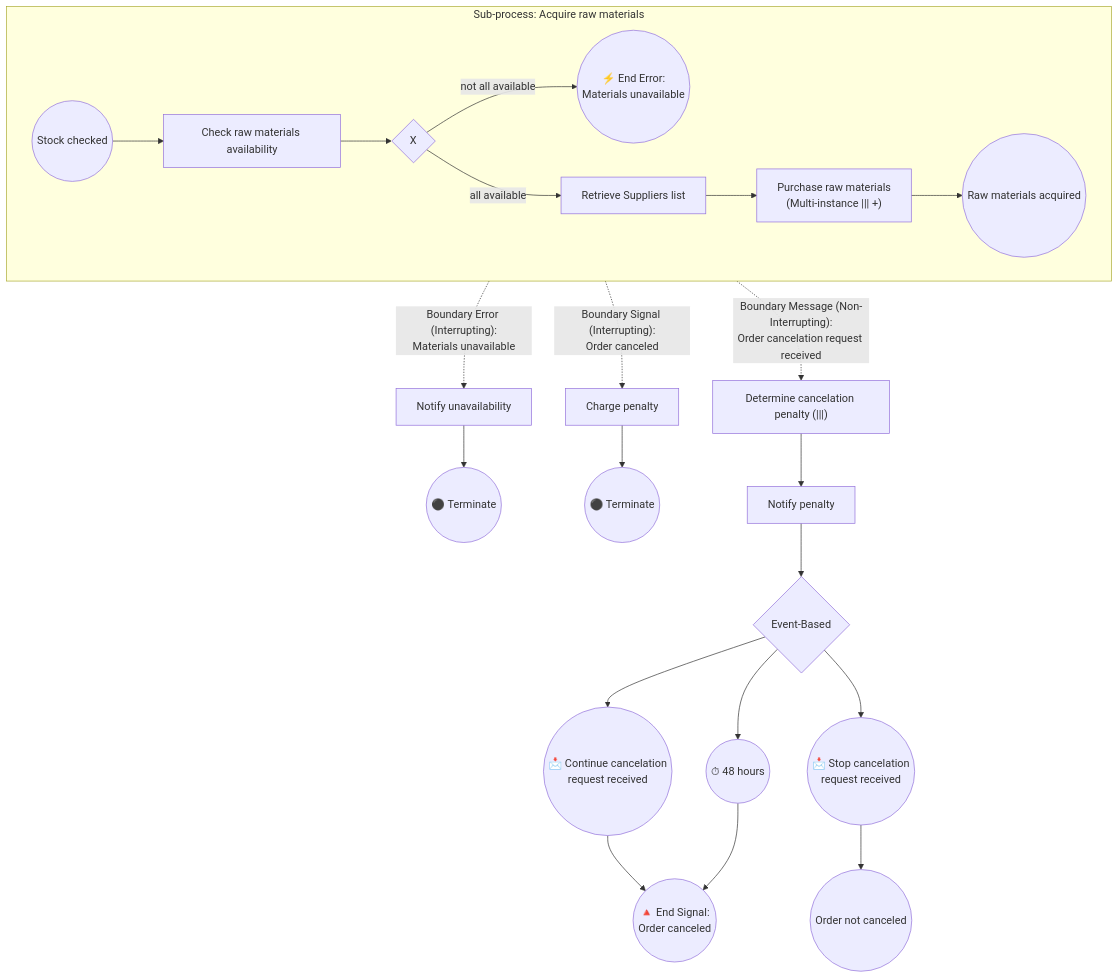
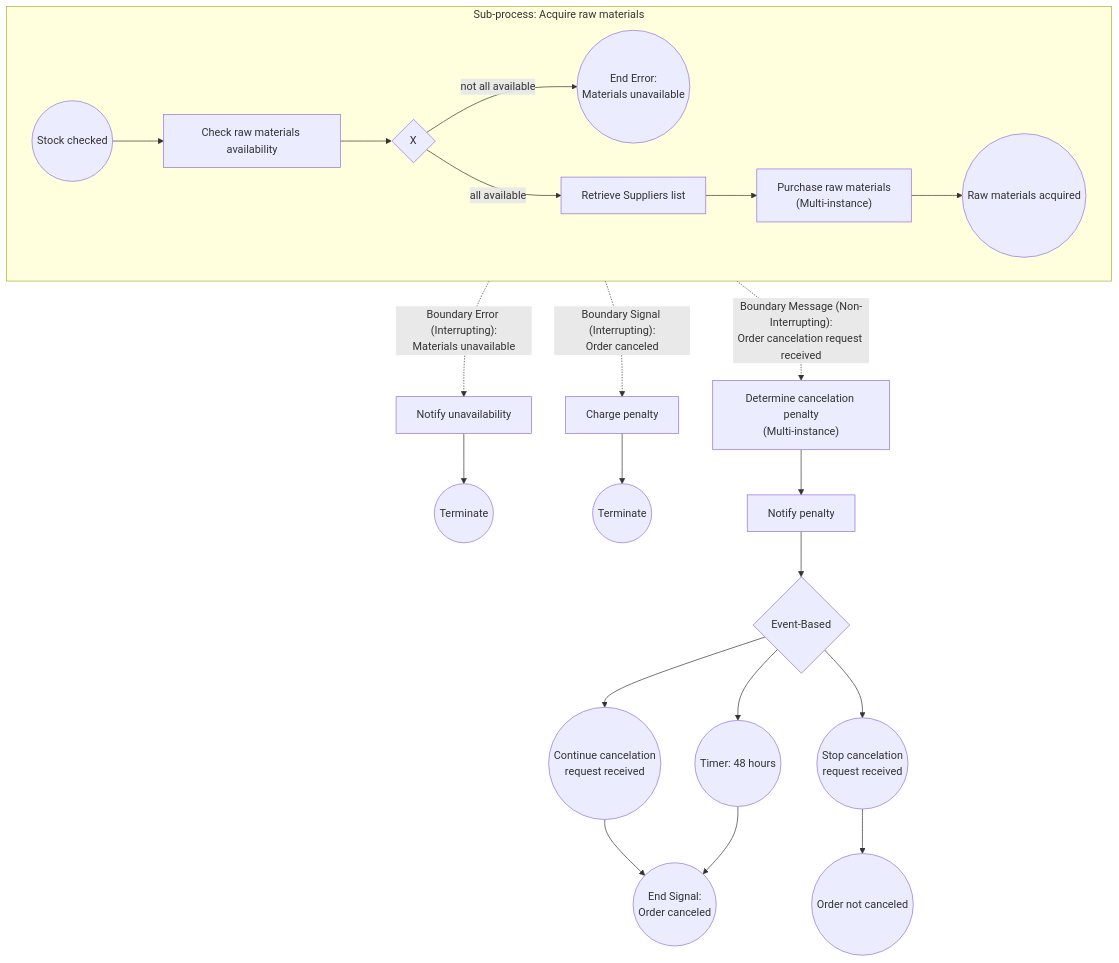
Before and after one commit to VieTee2705/Business_Process: the fourth of 4 diagrams in Document/03-Ngan-Hang-Quiz-Va-Giai-Thich.md, drawn with Mermaid. The commit also changed other lines of this file, not shown here.

````diff
--- a/Document/03-Ngan-Hang-Quiz-Va-Giai-Thich.md
+++ b/Document/03-Ngan-Hang-Quiz-Va-Giai-Thich.md
@@ -383,14 +407,14 @@
 ```mermaid
 flowchart TB
     subgraph SUB["Sub-process: Acquire raw materials"]
-        S0((Stock checked)) --> C1[Check raw materials availability] --> X1{"X"}
-        X1 -->|not all available| E_ERR(("⚡ End Error:<br/>Materials unavailable"))
-        X1 -->|all available| R1[Retrieve Suppliers list] --> P1["Purchase raw materials<br/>(Multi-instance ||| +)"] --> S_END((Raw materials acquired))
+        S0(("Stock checked")) --> C1["Check raw materials availability"] --> X1{"X"}
+        X1 -->|"not all available"| E_ERR(("End Error:<br/>Materials unavailable"))
+        X1 -->|"all available"| R1["Retrieve Suppliers list"] --> P1["Purchase raw materials<br/>(Multi-instance)"] --> S_END(("Raw materials acquired"))
     end
-    SUB -.->|"Boundary Error (Interrupting):<br/>Materials unavailable"| N1[Notify unavailability] --> T1(("⚫ Terminate"))
-    SUB -.->|"Boundary Signal (Interrupting):<br/>Order canceled"| CH1[Charge penalty] --> T2(("⚫ Terminate"))
-    SUB -.->|"Boundary Message (Non-Interrupting):<br/>Order cancelation request received"| D1["Determine cancelation penalty (|||)"] --> N2[Notify penalty] --> EBG{"Event-Based"}
-    EBG --> M_CONT(("📩 Continue cancelation<br/>request received")) --> SIG_THROW(("🔺 End Signal:<br/>Order canceled"))
-    EBG --> TMR(("⏱ 48 hours")) --> SIG_THROW
-    EBG --> M_STOP(("📩 Stop cancelation<br/>request received")) --> END_OK((Order not canceled))
+    SUB -.->|"Boundary Error (Interrupting):<br/>Materials unavailable"| N1["Notify unavailability"] --> T1(("Terminate"))
+    SUB -.->|"Boundary Signal (Interrupting):<br/>Order canceled"| CH1["Charge penalty"] --> T2(("Terminate"))
+    SUB -.->|"Boundary Message (Non-Interrupting):<br/>Order cancelation request received"| D1["Determine cancelation penalty<br/>(Multi-instance)"] --> N2["Notify penalty"] --> EBG{"Event-Based"}
+    EBG --> M_CONT(("Continue cancelation<br/>request received")) --> SIG_THROW(("End Signal:<br/>Order canceled"))
+    EBG --> TMR(("Timer: 48 hours")) --> SIG_THROW
+    EBG --> M_STOP(("Stop cancelation<br/>request received")) --> OK_EVT(("Order not canceled"))
 ```
````
